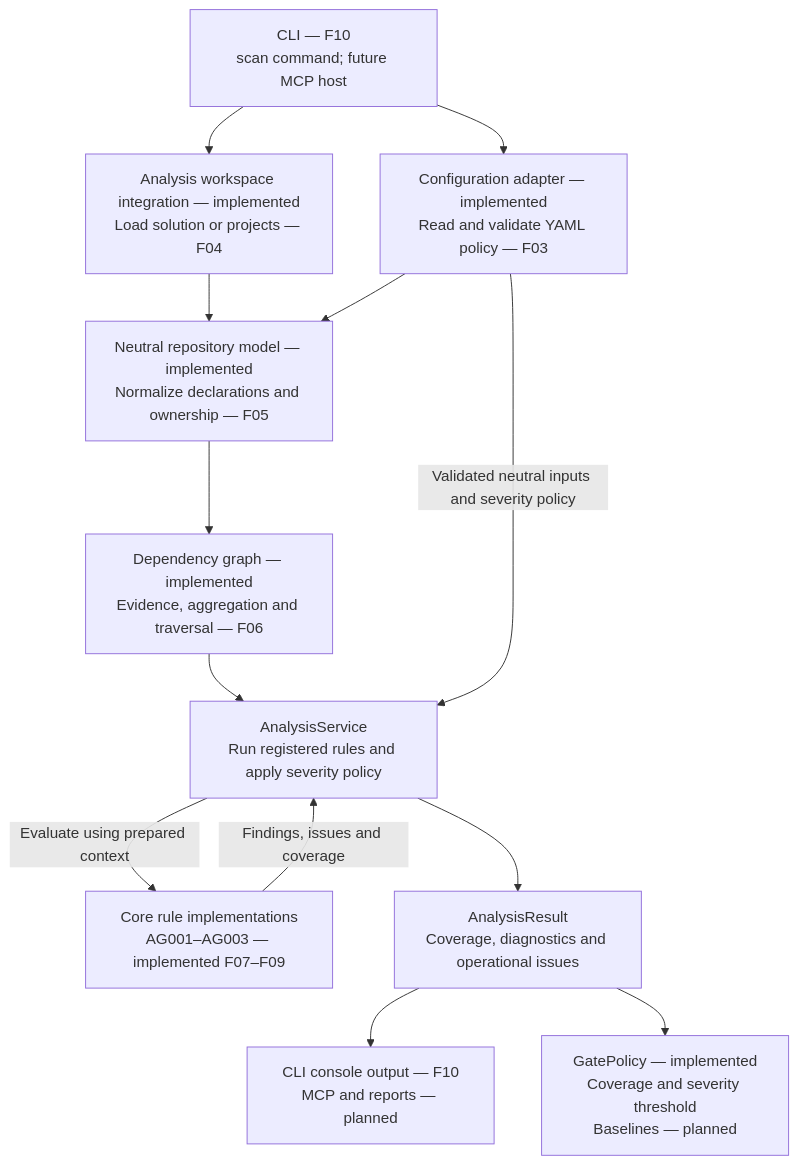
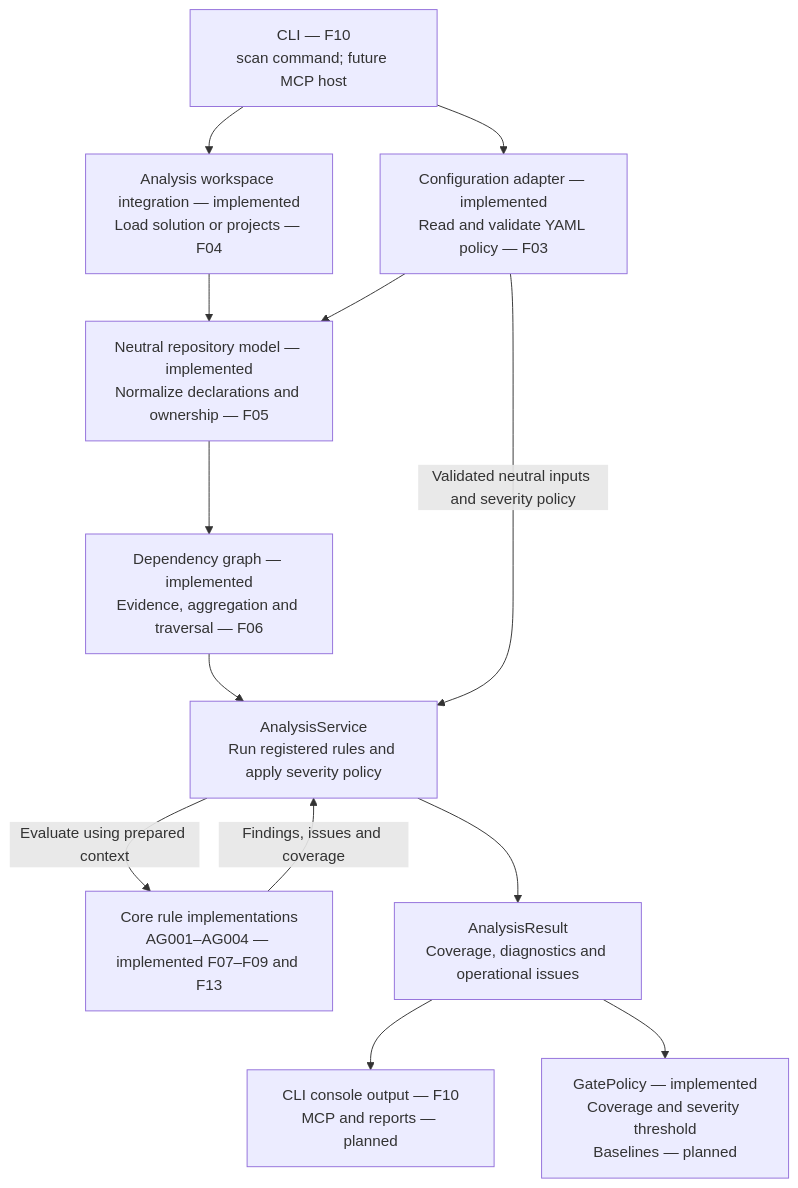
The second of 3 diagrams in docs/architecture/overview.md (kbourzayq/arch-guard), drawn with Mermaid before and after one commit. The commit also changed other lines of this file and 22 other files, not shown here.

````diff
--- a/docs/architecture/overview.md
+++ b/docs/architecture/overview.md
@@ -140,26 +140,26 @@
 ```mermaid
 flowchart TD
     Host["CLI — F10<br/>scan command; future MCP host"]
     Configuration["Configuration adapter — implemented<br/>Read and validate YAML policy — F03"]
     Workspace["Analysis workspace integration — implemented<br/>Load solution or projects — F04"]
     Context["Neutral repository model — implemented<br/>Normalize declarations and ownership — F05"]
     Graph["Dependency graph — implemented<br/>Evidence, aggregation and traversal — F06"]
     Service["AnalysisService<br/>Run registered rules and apply severity policy"]
-    Rules["Core rule implementations<br/>AG001–AG003 — implemented F07–F09"]
+    Rules["Core rule implementations<br/>AG001–AG004 — implemented F07–F09 and F13"]
     Result["AnalysisResult<br/>Coverage, diagnostics and operational issues"]
     Output["CLI console output — F10<br/>MCP and reports — planned"]
     Gate["GatePolicy — implemented<br/>Coverage and severity threshold<br/>Baselines — planned"]
 
     Host --> Configuration
     Host --> Workspace
     Workspace --> Context
     Configuration --> Context
     Context --> Graph
     Graph --> Service
     Configuration -->|"Validated neutral inputs and severity policy"| Service
     Service -->|"Evaluate using prepared context"| Rules
     Rules -->|"Findings, issues and coverage"| Service
     Service --> Result
     Result --> Output
     Result --> Gate
 ```
````
